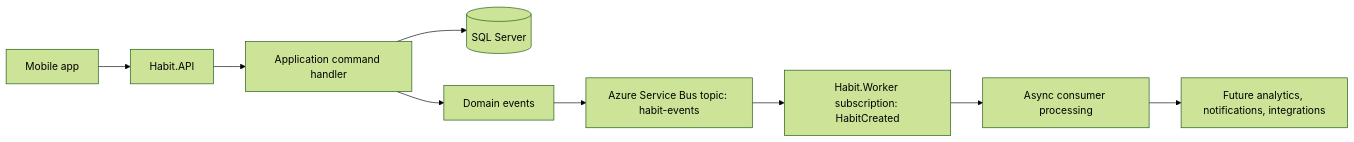
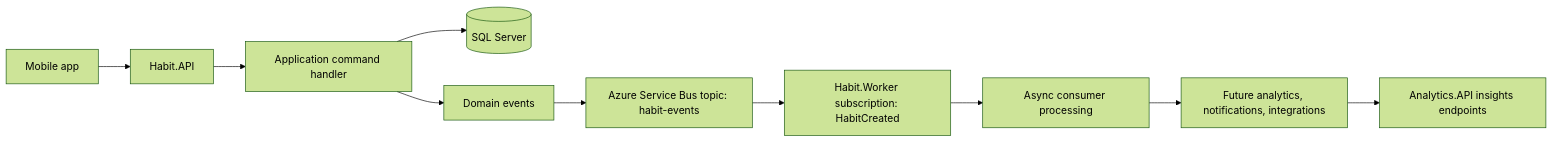
The first of 2 diagrams in README.md (guiplima95/habit-tracker-api), drawn with Mermaid (forest theme) before and after one commit. The commit also changed other lines of this file and 8 other files, not shown here.

Commit message:
feat: rename Analytic.API to Analytics.API and implement initial structure

````diff
--- a/README.md
+++ b/README.md
@@ -81,11 +120,12 @@
 ```mermaid
 flowchart LR
     A[Mobile app] --> B[Habit.API]
     B --> C[Application command handler]
     C --> D[(SQL Server)]
     C --> E[Domain events]
     E --> F[Azure Service Bus topic: habit-events]
     F --> G[Habit.Worker subscription: HabitCreated]
     G --> H[Async consumer processing]
     H --> I[Future analytics, notifications, integrations]
+    I --> J[Analytics.API insights endpoints]
 ```
````
